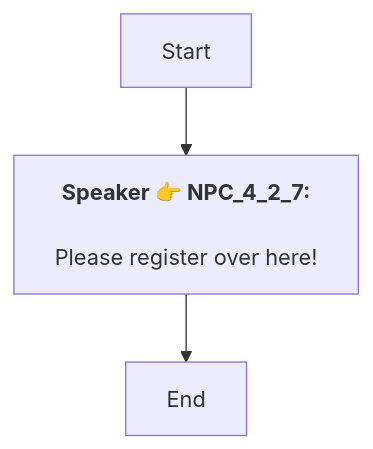
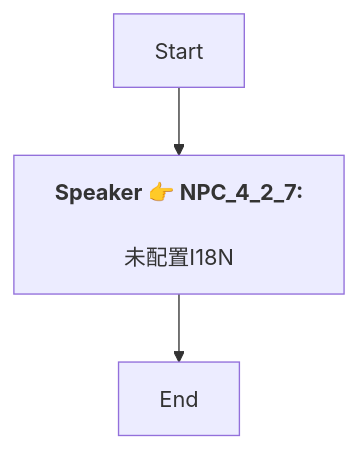
Before and after one commit to SoftHu/tos_avg: the diagram in En/QuestApproachDialogNode_1738447731840107.md, drawn with Mermaid. The commit also changed 780 other files, not shown here.

````diff
--- a/En/QuestApproachDialogNode_1738447731840107.md
+++ b/En/QuestApproachDialogNode_1738447731840107.md
@@ -1,7 +1,7 @@
 ```mermaid
 graph
 Start -->1738447777819758[<b>Speaker 👉 NPC_4_2_7:</b>
-\nPlease register over here!]
+\n未配置I18N]
 1738447777819758 -->1738447779838063[End]
 
 ```
````
